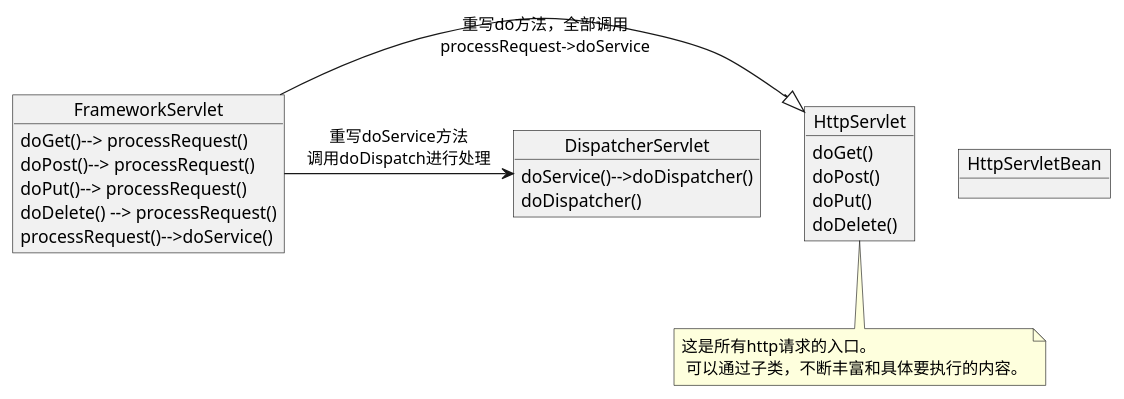
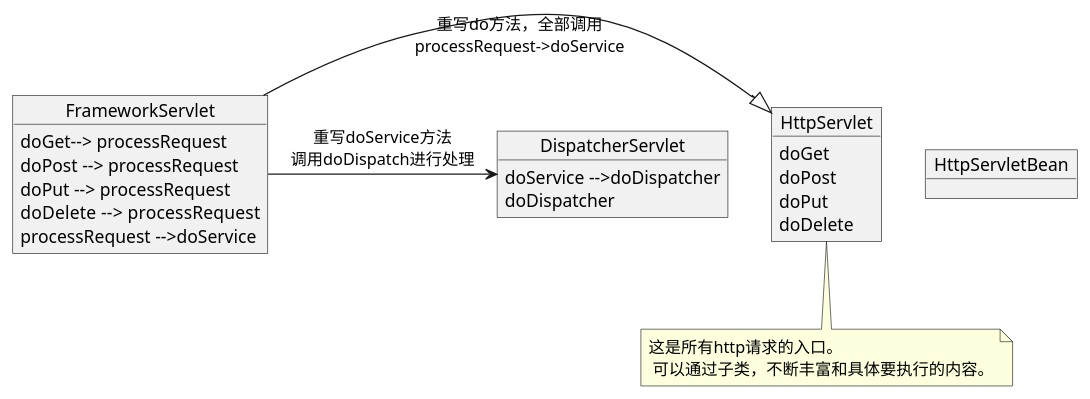
The diagram in Spring/Springboot/06 web开发.md (Estom/notes), drawn with PlantUML before and after one commit. The commit also changed 9 other files, not shown here.

````diff
--- a/Spring/Springboot/06 web开发.md
+++ b/Spring/Springboot/06 web开发.md
@@ -20,39 +20,39 @@
 ```plantuml
 @startuml
 
 object HttpServlet{
-    doGet()
-    doPost()
-    doPut()
-    doDelete()
+    doGet
+    doPost
+    doPut
+    doDelete
 }
 note bottom : 这是所有http请求的入口。\
 \n 可以通过子类，不断丰富和具体要执行的内容。
 
 
 object HttpServletBean{
 
 }
 
 object FrameworkServlet{
-    doGet()--> processRequest()
-    doPost()--> processRequest()
-    doPut()--> processRequest()
-    doDelete() --> processRequest()
-    processRequest()-->doService()
+    doGet--> processRequest 
+    doPost --> processRequest 
+    doPut --> processRequest 
+    doDelete  --> processRequest 
+    processRequest -->doService 
 }
 
 object DispatcherServlet{
-    doService()-->doDispatcher()
-    doDispatcher()
+    doService -->doDispatcher 
+    doDispatcher 
 }
 
 
 FrameworkServlet -|> HttpServlet : 重写do方法，全部调用\nprocessRequest->doService
 
 FrameworkServlet -> DispatcherServlet : 重写doService方法\n调用doDispatch进行处理
 
 
 
 @enduml
 ```
````
